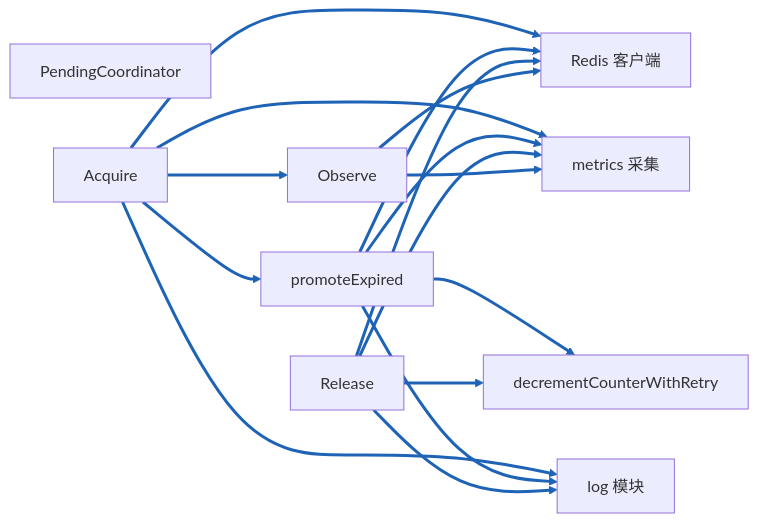
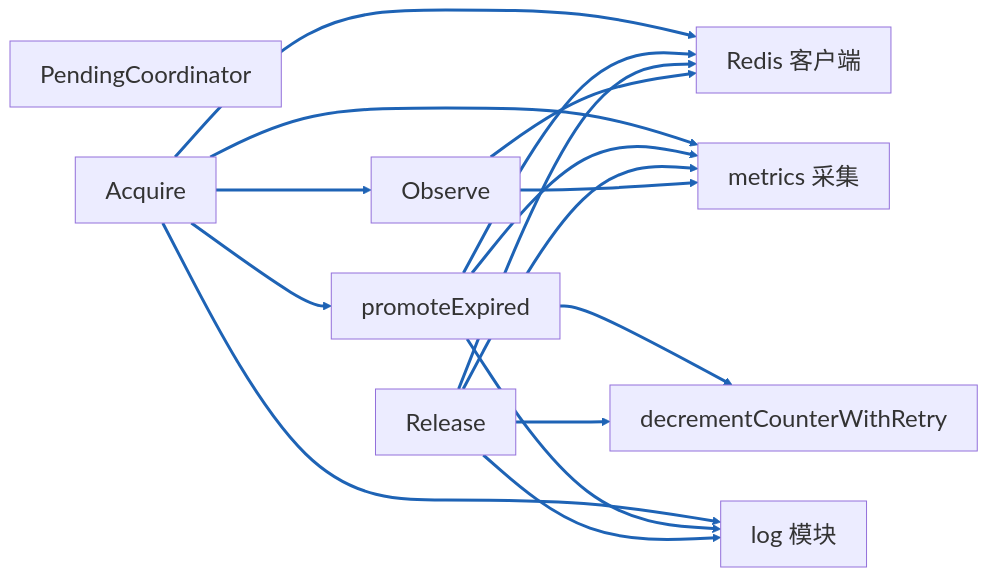
Before and after one commit to maxiaolu197102/cdmp-mini: the tenth of 11 diagrams in doc/create_api_analysis.md, drawn with Mermaid. The commit also changed other lines of this file and 6 other files, not shown here.

````diff
--- a/doc/create_api_analysis.md
+++ b/doc/create_api_analysis.md
@@ -716,34 +722,35 @@
 ```mermaid
-%%{init: {'themeVariables': {'lineColor': '#1E63B5', 'flowchartLinkColor': '#1E63B5', 'lineWidth': 3}}}%%
+%%{init: {'themeVariables': {'lineColor': '#1E63B5', 'flowchartLinkColor': '#1E63B5', 'lineWidth': 3, 'fontSize': '24px'}}}%%
 graph LR
     PC[PendingCoordinator]
     ACQ[Acquire]
     OBS[Observe]
     PROM[promoteExpired]
     REL[Release]
     DEC[decrementCounterWithRetry]
     METR[metrics 采集]
     LOG[log 模块]
     REDIS[Redis 客户端]
 
     ACQ --> OBS
     ACQ --> PROM
     ACQ --> METR
     ACQ --> LOG
     ACQ --> REDIS
 
     PROM --> DEC
     PROM --> METR
     PROM --> LOG
     PROM --> REDIS
 
     REL --> DEC
     REL --> METR
     REL --> LOG
     REL --> REDIS
 
     OBS --> REDIS
     OBS --> METR
 
+    classDef default font-size:24px;
     linkStyle default stroke:#1E63B5,stroke-width:3px
 ```
````
